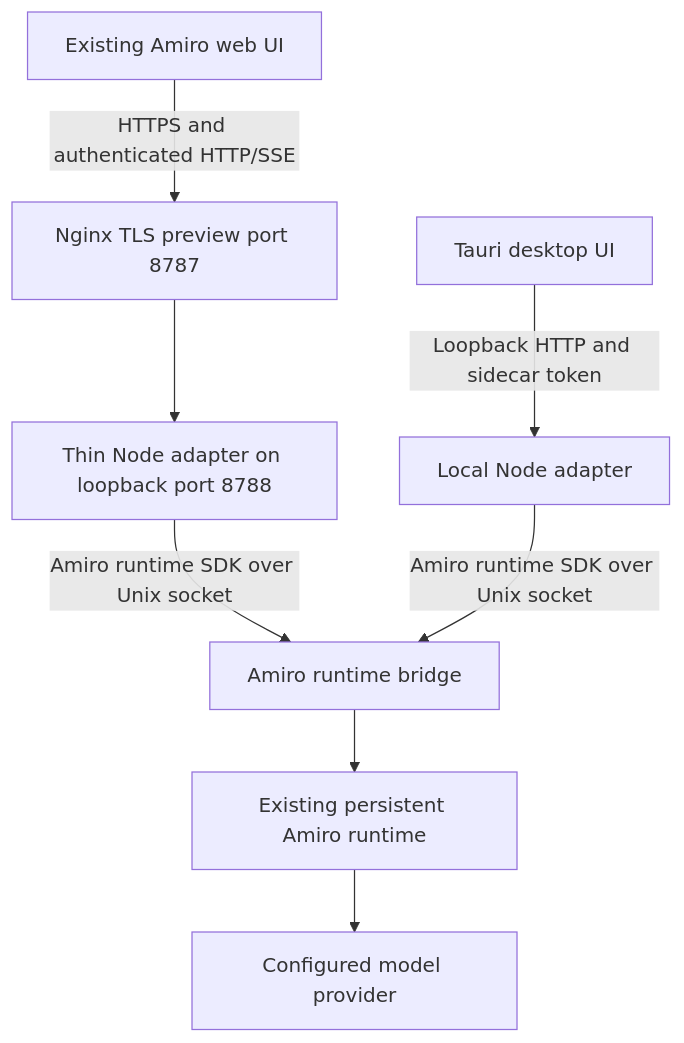
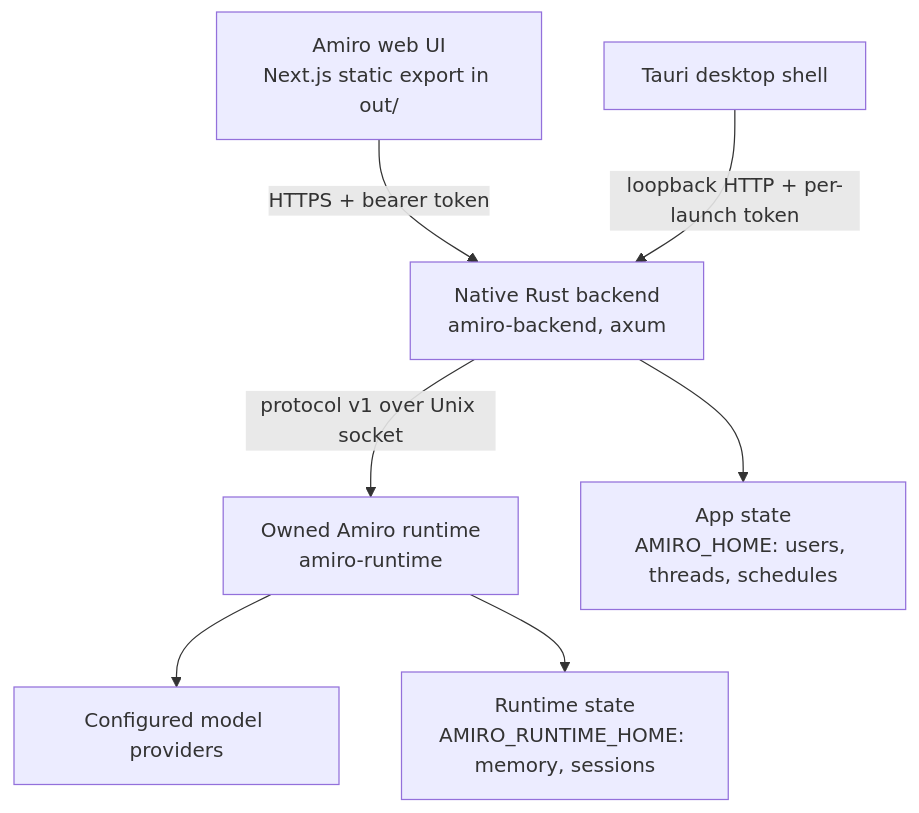
The diagram in README.md (vallabha717/Amiro), drawn with Mermaid before and after one commit. The commit also changed other lines of this file and 31 other files, not shown here.

````diff
--- a/README.md
+++ b/README.md
@@ -36,10 +126,9 @@
 ```mermaid
 flowchart TD
-    W[Existing Amiro web UI] -->|HTTPS and authenticated HTTP/SSE| N[Nginx TLS preview port 8787]
-    N --> A[Thin Node adapter on loopback port 8788]
-    D[Tauri desktop UI] -->|Loopback HTTP and sidecar token| L[Local Node adapter]
-    A -->|Amiro runtime SDK over Unix socket| B[Amiro runtime bridge]
-    L -->|Amiro runtime SDK over Unix socket| B
-    B --> J[Existing persistent Amiro runtime]
-    J --> P[Configured model provider]
+    U[Amiro web UI<br/>Next.js static export in out/] -->|HTTPS + bearer token| B[Native Rust backend<br/>amiro-backend, axum]
+    D[Tauri desktop shell] -->|loopback HTTP + per-launch token| B
+    B -->|protocol v1 over Unix socket| R[Owned Amiro runtime<br/>amiro-runtime]
+    R --> P[Configured model providers]
+    B --> H[App state<br/>AMIRO_HOME: users, threads, schedules]
+    R --> RH[Runtime state<br/>AMIRO_RUNTIME_HOME: memory, sessions]
 ```
````
